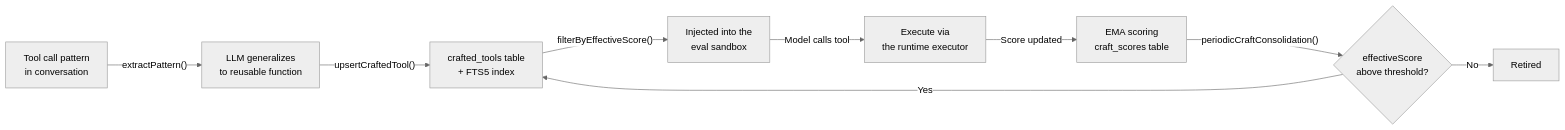
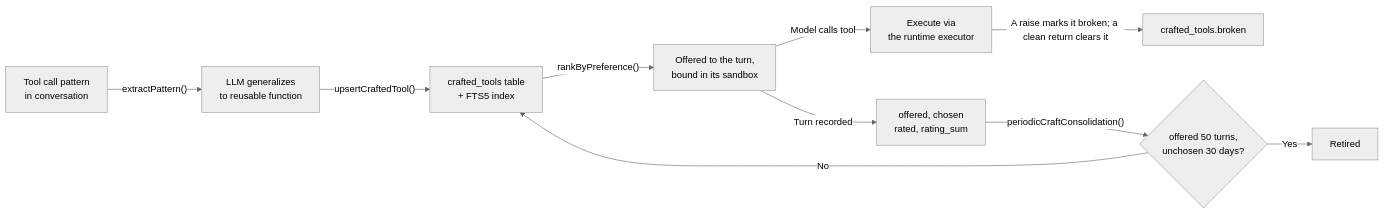
One commit to AshishKumar4/kinu changed the second of 2 diagrams in docs/EVOLUTION.md. Above: the diagram before and after it, drawn with Mermaid (neutral theme). The commit also changed other lines of this file and 78 other files, not shown here.

First line of the commit message:
feat(craft): crafted tools by preference, with a broken flag

````diff
--- a/docs/EVOLUTION.md
+++ b/docs/EVOLUTION.md
@@ -269,11 +265,12 @@
 ```mermaid
 graph LR
     A[Tool call pattern<br/>in conversation] -->|"extractPattern()"| B[LLM generalizes<br/>to reusable function]
     B -->|"upsertCraftedTool()"| C[crafted_tools table<br/>+ FTS5 index]
-    C -->|"filterByEffectiveScore()"| D[Injected into the<br/>eval sandbox]
+    C -->|"rankByPreference()"| D[Offered to the turn,<br/>bound in its sandbox]
     D -->|"Model calls tool"| E[Execute via<br/>the runtime executor]
-    E -->|"Score updated"| F[EMA scoring<br/>craft_scores table]
-    F -->|"periodicCraftConsolidation()"| G{effectiveScore<br/>above threshold?}
-    G -->|Yes| C
-    G -->|No| H[Retired]
+    E -->|"A raise marks it broken; a clean return clears it"| F[crafted_tools.broken]
+    D -->|"Turn recorded"| G[offered, chosen<br/>rated, rating_sum]
+    G -->|"periodicCraftConsolidation()"| H{offered 50 turns,<br/>unchosen 30 days?}
+    H -->|No| C
+    H -->|Yes| I[Retired]
 ```
````
